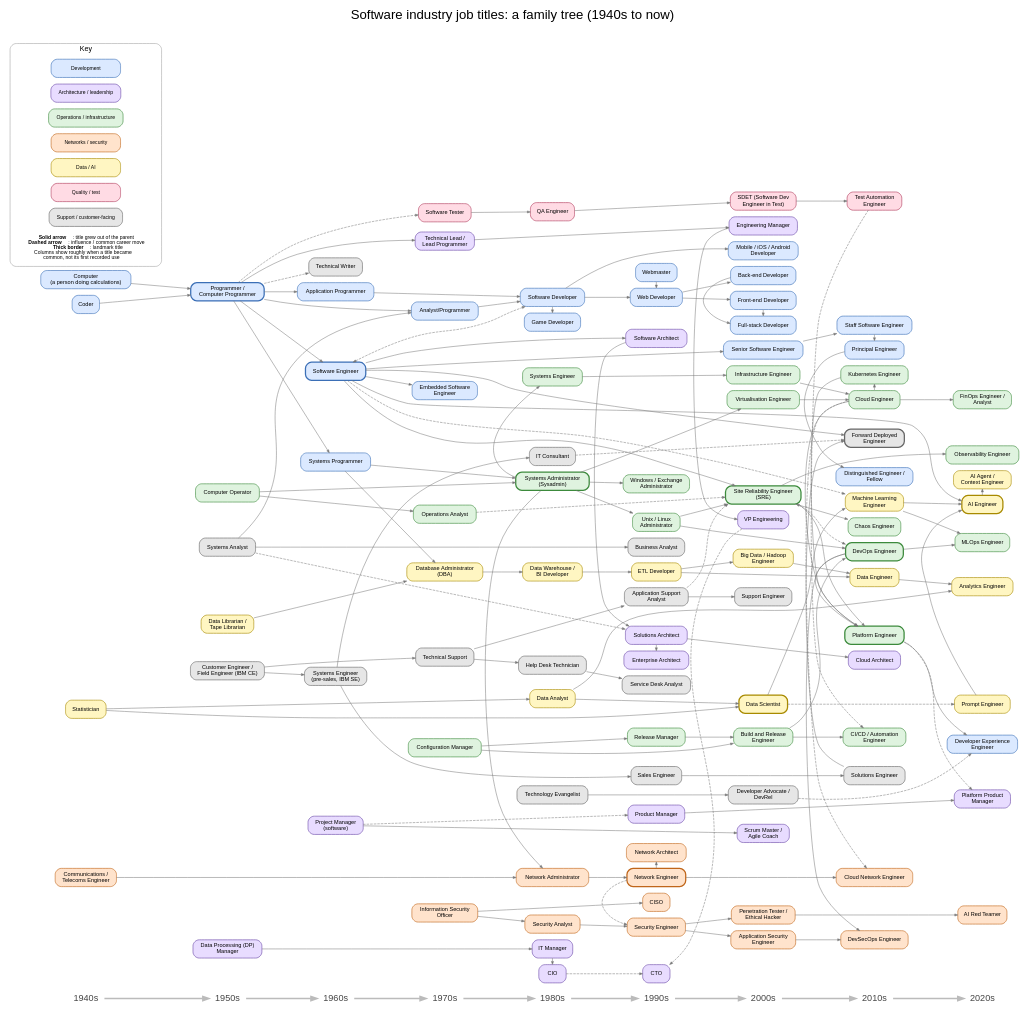
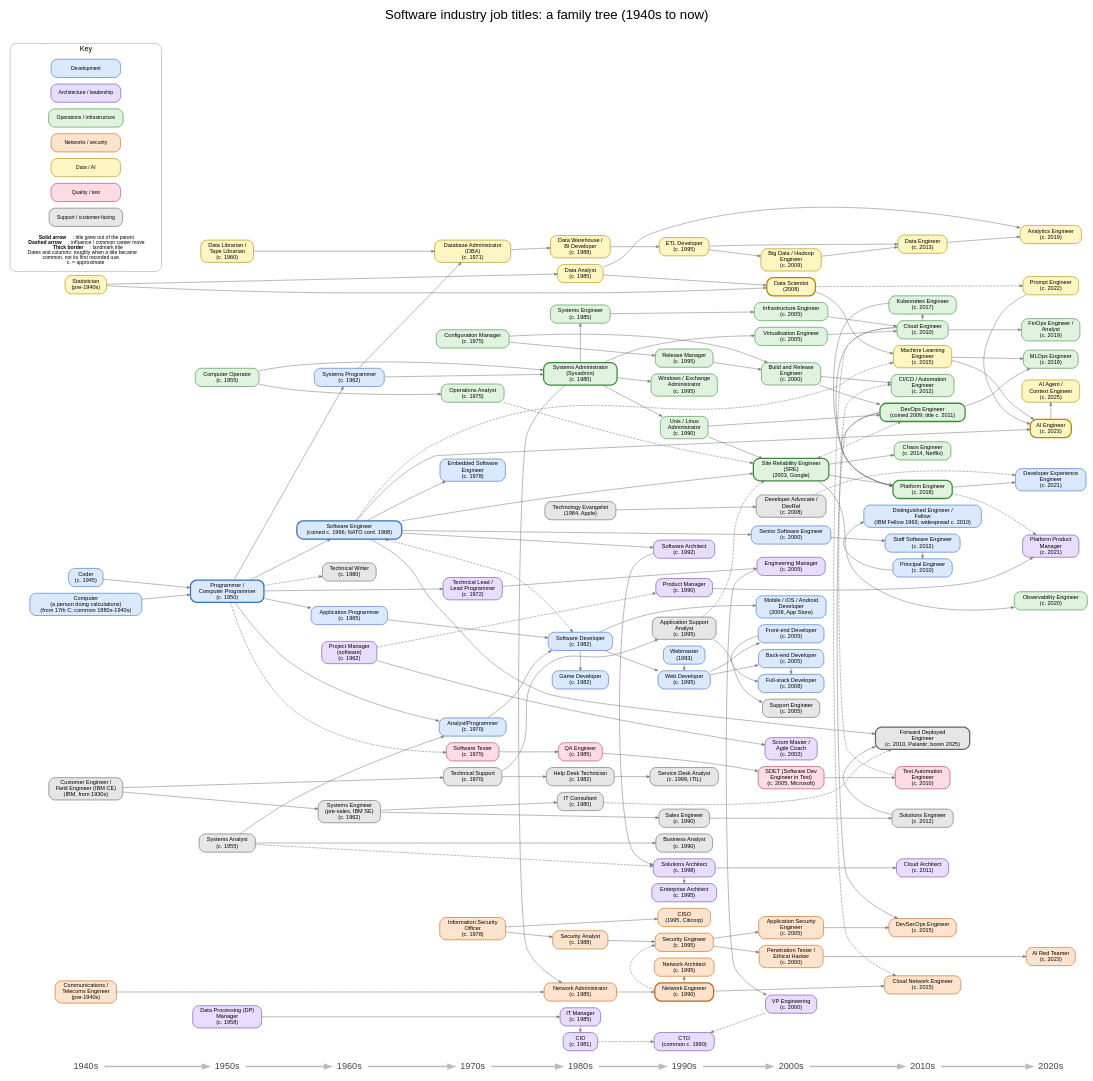
One commit to ianmiell/sw-job-title-family-tree changed the diagram in job_title_family_tree.dot. Above: the diagram before and after it, drawn with Graphviz. The commit also changed 3 other files, not shown here.

```diff
--- a/job_title_family_tree.dot
+++ b/job_title_family_tree.dot
@@ -1,5 +1,6 @@
 // Software industry job title family tree, 1940s to the present.
-// Dates are roughly when a title became common, not its first recorded use.
+// Dates (in each label, and the decade column) are roughly when a title became
+// common, not its first recorded use. "c." = approximate.
 // Solid edge: title grew directly out of the parent. Dashed edge: influence /
 // people commonly moved across.
 //
@@ -27,132 +28,132 @@
   // ---------------------------------------------------------------- families
   // Development
   node [fillcolor="#dbe9ff", color="#3b6fb6"];
-  human_computer   [label="Computer\n(a person doing calculations)"];
-  coder            [label="Coder"];
-  programmer       [label="Programmer /\nComputer Programmer", penwidth=2.5];
-  sys_programmer   [label="Systems Programmer"];
-  app_programmer   [label="Application Programmer"];
-  analyst_prog     [label="Analyst/Programmer"];
-  software_eng     [label="Software Engineer", penwidth=2.5];
-  software_dev     [label="Software Developer"];
-  webmaster        [label="Webmaster"];
-  web_dev          [label="Web Developer"];
-  frontend         [label="Front-end Developer"];
-  backend          [label="Back-end Developer"];
-  fullstack        [label="Full-stack Developer"];
-  mobile_dev       [label="Mobile / iOS / Android\nDeveloper"];
-  game_dev         [label="Game Developer"];
-  embedded         [label="Embedded Software\nEngineer"];
-  senior_se        [label="Senior Software Engineer"];
-  staff_se         [label="Staff Software Engineer"];
-  principal_se     [label="Principal Engineer"];
-  distinguished    [label="Distinguished Engineer /\nFellow"];
-  dx_engineer      [label="Developer Experience\nEngineer"];
+  human_computer   [label="Computer\n(a person doing calculations)\n(from 17th C; common 1880s-1940s)"];
+  coder            [label="Coder\n(c. 1945)"];
+  programmer       [label="Programmer /\nComputer Programmer\n(c. 1950)", penwidth=2.5];
+  sys_programmer   [label="Systems Programmer\n(c. 1962)"];
+  app_programmer   [label="Application Programmer\n(c. 1965)"];
+  analyst_prog     [label="Analyst/Programmer\n(c. 1970)"];
+  software_eng     [label="Software Engineer\n(coined c. 1966; NATO conf. 1968)", penwidth=2.5];
+  software_dev     [label="Software Developer\n(c. 1982)"];
+  webmaster        [label="Webmaster\n(1993)"];
+  web_dev          [label="Web Developer\n(c. 1995)"];
+  frontend         [label="Front-end Developer\n(c. 2005)"];
+  backend          [label="Back-end Developer\n(c. 2005)"];
+  fullstack        [label="Full-stack Developer\n(c. 2008)"];
+  mobile_dev       [label="Mobile / iOS / Android\nDeveloper\n(2008, App Store)"];
+  game_dev         [label="Game Developer\n(c. 1982)"];
+  embedded         [label="Embedded Software\nEngineer\n(c. 1978)"];
+  senior_se        [label="Senior Software Engineer\n(c. 2000)"];
+  staff_se         [label="Staff Software Engineer\n(c. 2012)"];
+  principal_se     [label="Principal Engineer\n(c. 2010)"];
+  distinguished    [label="Distinguished Engineer /\nFellow\n(IBM Fellow 1963; widespread c. 2010)"];
+  dx_engineer      [label="Developer Experience\nEngineer\n(c. 2021)"];
 
   // Architecture and leadership
   node [fillcolor="#e8dcff", color="#6a4aa8"];
-  dp_manager       [label="Data Processing (DP)\nManager"];
-  tech_lead        [label="Technical Lead /\nLead Programmer"];
-  it_manager       [label="IT Manager"];
-  cio              [label="CIO"];
-  cto              [label="CTO"];
-  eng_manager      [label="Engineering Manager"];
-  vp_eng           [label="VP Engineering"];
-  software_arch    [label="Software Architect"];
-  solutions_arch   [label="Solutions Architect"];
-  enterprise_arch  [label="Enterprise Architect"];
-  cloud_arch       [label="Cloud Architect"];
-  project_manager  [label="Project Manager\n(software)"];
-  product_manager  [label="Product Manager"];
-  scrum_master     [label="Scrum Master /\nAgile Coach"];
-  platform_pm      [label="Platform Product\nManager"];
+  dp_manager       [label="Data Processing (DP)\nManager\n(c. 1958)"];
+  tech_lead        [label="Technical Lead /\nLead Programmer\n(c. 1972)"];
+  it_manager       [label="IT Manager\n(c. 1985)"];
+  cio              [label="CIO\n(c. 1981)"];
+  cto              [label="CTO\n(common c. 1990)"];
+  eng_manager      [label="Engineering Manager\n(c. 2005)"];
+  vp_eng           [label="VP Engineering\n(c. 2000)"];
+  software_arch    [label="Software Architect\n(c. 1992)"];
+  solutions_arch   [label="Solutions Architect\n(c. 1998)"];
+  enterprise_arch  [label="Enterprise Architect\n(c. 1995)"];
+  cloud_arch       [label="Cloud Architect\n(c. 2011)"];
+  project_manager  [label="Project Manager\n(software)\n(c. 1962)"];
+  product_manager  [label="Product Manager\n(c. 1990)"];
+  scrum_master     [label="Scrum Master /\nAgile Coach\n(c. 2002)"];
+  platform_pm      [label="Platform Product\nManager\n(c. 2021)"];
 
   // Operations and infrastructure
   node [fillcolor="#dff3df", color="#3c8a3c"];
-  computer_operator [label="Computer Operator"];
-  ops_analyst      [label="Operations Analyst"];
-  sysadmin         [label="Systems Administrator\n(Sysadmin)", penwidth=2.5];
-  unix_admin       [label="Unix / Linux\nAdministrator"];
-  windows_admin    [label="Windows / Exchange\nAdministrator"];
-  systems_eng      [label="Systems Engineer"];
-  config_manager   [label="Configuration Manager"];
-  build_release    [label="Build and Release\nEngineer"];
-  release_manager  [label="Release Manager"];
-  infra_eng        [label="Infrastructure Engineer"];
-  virtualisation   [label="Virtualisation Engineer"];
-  sre              [label="Site Reliability Engineer\n(SRE)", penwidth=2.5];
-  devops           [label="DevOps Engineer", penwidth=2.5];
-  cloud_eng        [label="Cloud Engineer"];
-  cicd_eng         [label="CI/CD / Automation\nEngineer"];
-  platform_eng     [label="Platform Engineer", penwidth=2.5];
-  k8s_eng          [label="Kubernetes Engineer"];
-  chaos_eng        [label="Chaos Engineer"];
-  observability    [label="Observability Engineer"];
-  finops           [label="FinOps Engineer /\nAnalyst"];
-  mlops            [label="MLOps Engineer"];
+  computer_operator [label="Computer Operator\n(c. 1955)"];
+  ops_analyst      [label="Operations Analyst\n(c. 1975)"];
+  sysadmin         [label="Systems Administrator\n(Sysadmin)\n(c. 1980)", penwidth=2.5];
+  unix_admin       [label="Unix / Linux\nAdministrator\n(c. 1990)"];
+  windows_admin    [label="Windows / Exchange\nAdministrator\n(c. 1995)"];
+  systems_eng      [label="Systems Engineer\n(c. 1985)"];
+  config_manager   [label="Configuration Manager\n(c. 1975)"];
+  build_release    [label="Build and Release\nEngineer\n(c. 2000)"];
+  release_manager  [label="Release Manager\n(c. 1995)"];
+  infra_eng        [label="Infrastructure Engineer\n(c. 2005)"];
+  virtualisation   [label="Virtualisation Engineer\n(c. 2005)"];
+  sre              [label="Site Reliability Engineer\n(SRE)\n(2003, Google)", penwidth=2.5];
+  devops           [label="DevOps Engineer\n(coined 2009; title c. 2011)", penwidth=2.5];
+  cloud_eng        [label="Cloud Engineer\n(c. 2010)"];
+  cicd_eng         [label="CI/CD / Automation\nEngineer\n(c. 2012)"];
+  platform_eng     [label="Platform Engineer\n(c. 2018)", penwidth=2.5];
+  k8s_eng          [label="Kubernetes Engineer\n(c. 2017)"];
+  chaos_eng        [label="Chaos Engineer\n(c. 2014, Netflix)"];
+  observability    [label="Observability Engineer\n(c. 2020)"];
+  finops           [label="FinOps Engineer /\nAnalyst\n(c. 2019)"];
+  mlops            [label="MLOps Engineer\n(c. 2019)"];
 
   // Networks and security
   node [fillcolor="#ffe3cc", color="#c0661a"];
-  comms_eng        [label="Communications /\nTelecoms Engineer"];
-  network_admin    [label="Network Administrator"];
-  network_eng      [label="Network Engineer", penwidth=2.5];
-  network_arch     [label="Network Architect"];
-  cloud_network    [label="Cloud Network Engineer"];
-  sec_officer      [label="Information Security\nOfficer"];
-  sec_analyst      [label="Security Analyst"];
-  sec_engineer     [label="Security Engineer"];
-  pentester        [label="Penetration Tester /\nEthical Hacker"];
-  appsec           [label="Application Security\nEngineer"];
-  devsecops        [label="DevSecOps Engineer"];
-  ciso             [label="CISO"];
-  ai_red_team      [label="AI Red Teamer"];
+  comms_eng        [label="Communications /\nTelecoms Engineer\n(pre-1940s)"];
+  network_admin    [label="Network Administrator\n(c. 1985)"];
+  network_eng      [label="Network Engineer\n(c. 1990)", penwidth=2.5];
+  network_arch     [label="Network Architect\n(c. 1995)"];
+  cloud_network    [label="Cloud Network Engineer\n(c. 2015)"];
+  sec_officer      [label="Information Security\nOfficer\n(c. 1978)"];
+  sec_analyst      [label="Security Analyst\n(c. 1988)"];
+  sec_engineer     [label="Security Engineer\n(c. 1995)"];
+  pentester        [label="Penetration Tester /\nEthical Hacker\n(c. 2000)"];
+  appsec           [label="Application Security\nEngineer\n(c. 2005)"];
+  devsecops        [label="DevSecOps Engineer\n(c. 2015)"];
+  ciso             [label="CISO\n(1995, Citicorp)"];
+  ai_red_team      [label="AI Red Teamer\n(c. 2023)"];
 
   // Data and AI
   node [fillcolor="#fff6c2", color="#a88a00"];
-  statistician     [label="Statistician"];
-  data_librarian   [label="Data Librarian /\nTape Librarian"];
-  dba              [label="Database Administrator\n(DBA)"];
-  data_analyst     [label="Data Analyst"];
-  dw_developer     [label="Data Warehouse /\nBI Developer"];
-  etl_dev          [label="ETL Developer"];
-  big_data         [label="Big Data / Hadoop\nEngineer"];
-  data_scientist   [label="Data Scientist", penwidth=2.5];
-  data_engineer    [label="Data Engineer"];
-  analytics_eng    [label="Analytics Engineer"];
-  ml_engineer      [label="Machine Learning\nEngineer"];
-  prompt_eng       [label="Prompt Engineer"];
-  ai_engineer      [label="AI Engineer", penwidth=2.5];
-  agent_eng        [label="AI Agent /\nContext Engineer"];
+  statistician     [label="Statistician\n(pre-1940s)"];
+  data_librarian   [label="Data Librarian /\nTape Librarian\n(c. 1960)"];
+  dba              [label="Database Administrator\n(DBA)\n(c. 1971)"];
+  data_analyst     [label="Data Analyst\n(c. 1985)"];
+  dw_developer     [label="Data Warehouse /\nBI Developer\n(c. 1988)"];
+  etl_dev          [label="ETL Developer\n(c. 1995)"];
+  big_data         [label="Big Data / Hadoop\nEngineer\n(c. 2009)"];
+  data_scientist   [label="Data Scientist\n(2008)", penwidth=2.5];
+  data_engineer    [label="Data Engineer\n(c. 2013)"];
+  analytics_eng    [label="Analytics Engineer\n(c. 2019)"];
+  ml_engineer      [label="Machine Learning\nEngineer\n(c. 2015)"];
+  prompt_eng       [label="Prompt Engineer\n(c. 2022)"];
+  ai_engineer      [label="AI Engineer\n(c. 2023)", penwidth=2.5];
+  agent_eng        [label="AI Agent /\nContext Engineer\n(c. 2025)"];
 
   // Quality and test
   node [fillcolor="#ffdbe4", color="#b03a5b"];
-  tester           [label="Software Tester"];
-  qa_engineer      [label="QA Engineer"];
-  sdet             [label="SDET (Software Dev\nEngineer in Test)"];
-  test_automation  [label="Test Automation\nEngineer"];
+  tester           [label="Software Tester\n(c. 1975)"];
+  qa_engineer      [label="QA Engineer\n(c. 1985)"];
+  sdet             [label="SDET (Software Dev\nEngineer in Test)\n(c. 2005, Microsoft)"];
+  test_automation  [label="Test Automation\nEngineer\n(c. 2010)"];
 
   // Support and customer-facing
   node [fillcolor="#e6e6e6", color="#666666"];
-  customer_eng     [label="Customer Engineer /\nField Engineer (IBM CE)"];
-  presales_se      [label="Systems Engineer\n(pre-sales, IBM SE)"];
-  tech_support     [label="Technical Support"];
-  helpdesk         [label="Help Desk Technician"];
-  service_desk     [label="Service Desk Analyst"];
-  app_support      [label="Application Support\nAnalyst"];
-  support_eng      [label="Support Engineer"];
-  sales_eng        [label="Sales Engineer"];
-  solutions_eng    [label="Solutions Engineer"];
-  consultant       [label="IT Consultant"];
-  evangelist       [label="Technology Evangelist"];
-  dev_advocate     [label="Developer Advocate /\nDevRel"];
-  fde              [label="Forward Deployed\nEngineer", penwidth=2.5];
-  tech_writer      [label="Technical Writer"];
-  systems_analyst  [label="Systems Analyst"];
-  business_analyst [label="Business Analyst"];
+  customer_eng     [label="Customer Engineer /\nField Engineer (IBM CE)\n(IBM, from 1930s)"];
+  presales_se      [label="Systems Engineer\n(pre-sales, IBM SE)\n(c. 1962)"];
+  tech_support     [label="Technical Support\n(c. 1970)"];
+  helpdesk         [label="Help Desk Technician\n(c. 1982)"];
+  service_desk     [label="Service Desk Analyst\n(c. 1999, ITIL)"];
+  app_support      [label="Application Support\nAnalyst\n(c. 1995)"];
+  support_eng      [label="Support Engineer\n(c. 2005)"];
+  sales_eng        [label="Sales Engineer\n(c. 1990)"];
+  solutions_eng    [label="Solutions Engineer\n(c. 2012)"];
+  consultant       [label="IT Consultant\n(c. 1980)"];
+  evangelist       [label="Technology Evangelist\n(1984, Apple)"];
+  dev_advocate     [label="Developer Advocate /\nDevRel\n(c. 2008)"];
+  fde              [label="Forward Deployed\nEngineer\n(c. 2010, Palantir; boom 2025)", penwidth=2.5];
+  tech_writer      [label="Technical Writer\n(c. 1960)"];
+  systems_analyst  [label="Systems Analyst\n(c. 1955)"];
+  business_analyst [label="Business Analyst\n(c. 1990)"];
 
   // ---------------------------------------------------------------- eras
-  {rank=same; t1940; human_computer; coder; comms_eng; statistician; }
-  {rank=same; t1950; programmer; computer_operator; customer_eng; systems_analyst;
+  {rank=same; t1940; human_computer; coder; comms_eng; statistician; customer_eng; }
+  {rank=same; t1950; programmer; computer_operator; systems_analyst;
                      dp_manager; data_librarian; }
   {rank=same; t1960; sys_programmer; app_programmer; software_eng; presales_se;
                      tech_writer; project_manager; }
@@ -333,7 +334,8 @@
       <b>Solid arrow</b>: title grew out of the parent<br/>
       <b>Dashed arrow</b>: influence / common career move<br/>
       <b>Thick border</b>: landmark title<br/>
-      Columns show roughly when a title became<br/>common, not its first recorded use>];
+      Dates and columns: roughly when a title became<br/>common, not its first recorded use.<br/>
+      c. = approximate>];
   }
   {rank=same; t1940; l_dev; l_lead; l_ops; l_net; l_data; l_qa; l_sup; l_note; }
 }
```
